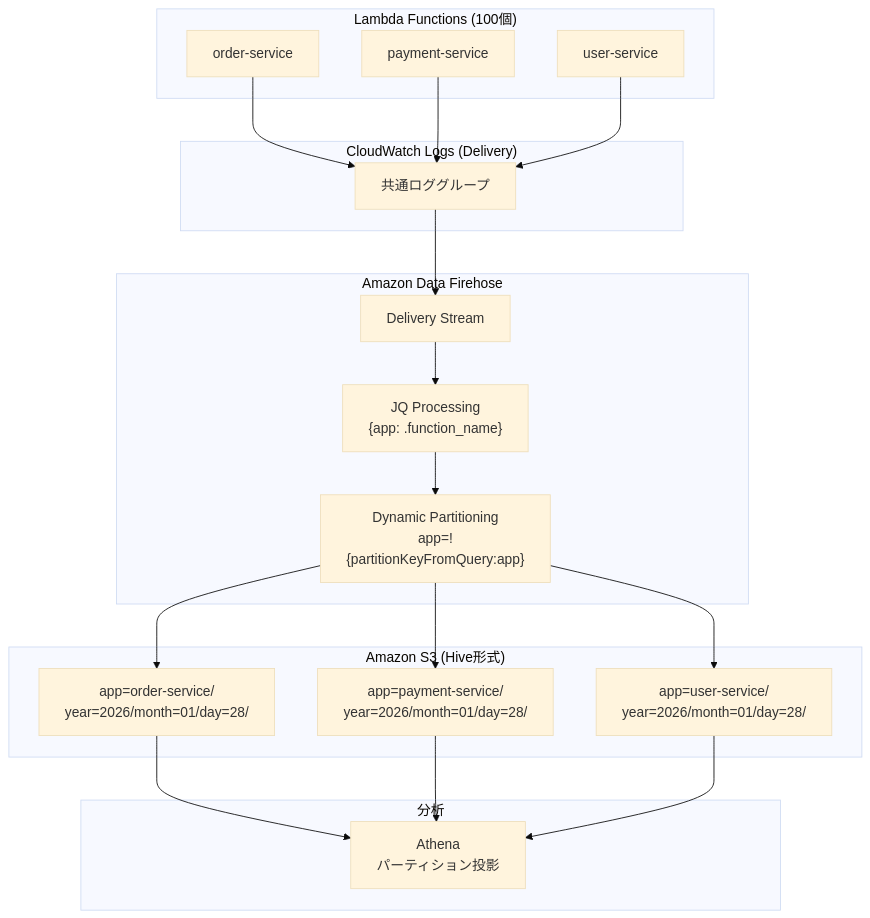
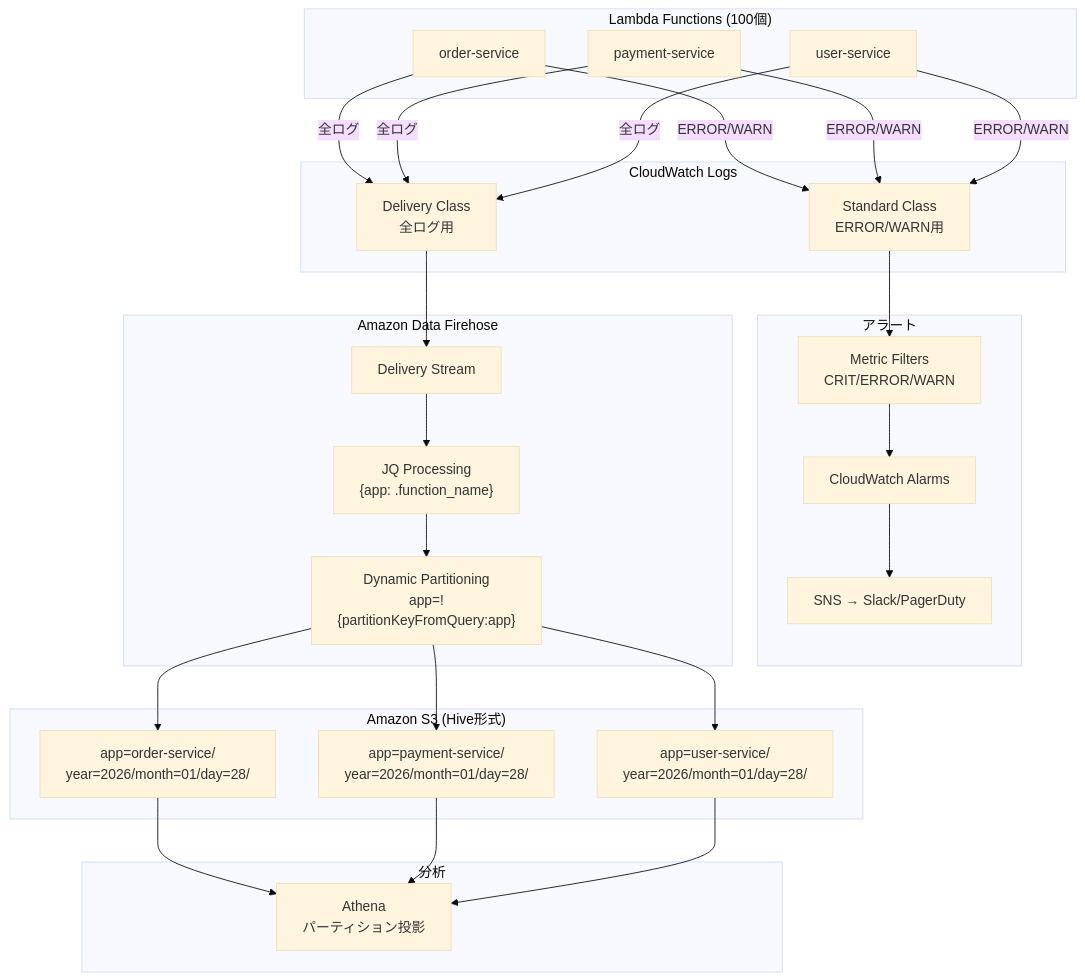
The third of 6 diagrams in Firehose実装パターン検討.md (NagasakaH/lambda-log), drawn with Mermaid (base theme) before and after one commit. The commit also changed other lines of this file, not shown here.

````diff
--- a/Firehose実装パターン検討.md
+++ b/Firehose実装パターン検討.md
@@ -161,43 +377,58 @@
 ```mermaid
 flowchart TB
     subgraph Lambdas["Lambda Functions (100個)"]
         L1["order-service"]
         L2["payment-service"]
         L100["user-service"]
     end
 
-    subgraph CloudWatch["CloudWatch Logs (Delivery)"]
-        LG["共通ロググループ"]
+    subgraph CloudWatch["CloudWatch Logs"]
+        LG_STD["Standard Class<br/>ERROR/WARN用"]
+        LG_DEL["Delivery Class<br/>全ログ用"]
+    end
+
+    subgraph Alert["アラート"]
+        MF["Metric Filters<br/>CRIT/ERROR/WARN"]
+        Alarm["CloudWatch Alarms"]
+        SNS["SNS → Slack/PagerDuty"]
     end
 
     subgraph Firehose["Amazon Data Firehose"]
         FH["Delivery Stream"]
         JQ["JQ Processing<br/>{app: .function_name}"]
         DP["Dynamic Partitioning<br/>app=!{partitionKeyFromQuery:app}"]
     end
 
     subgraph S3["Amazon S3 (Hive形式)"]
         S3_1["app=order-service/<br/>year=2026/month=01/day=28/"]
         S3_2["app=payment-service/<br/>year=2026/month=01/day=28/"]
         S3_3["app=user-service/<br/>year=2026/month=01/day=28/"]
     end
 
     subgraph Analytics["分析"]
         Athena["Athena<br/>パーティション投影"]
     end
 
-    L1 --> LG
-    L2 --> LG
-    L100 --> LG
+    L1 -->|ERROR/WARN| LG_STD
+    L2 -->|ERROR/WARN| LG_STD
+    L100 -->|ERROR/WARN| LG_STD
 
-    LG --> FH
+    L1 -->|全ログ| LG_DEL
+    L2 -->|全ログ| LG_DEL
+    L100 -->|全ログ| LG_DEL
+
+    LG_STD --> MF
+    MF --> Alarm
+    Alarm --> SNS
+
+    LG_DEL --> FH
     FH --> JQ
     JQ --> DP
     DP --> S3_1
     DP --> S3_2
     DP --> S3_3
 
     S3_1 --> Athena
     S3_2 --> Athena
     S3_3 --> Athena
 ```
````
